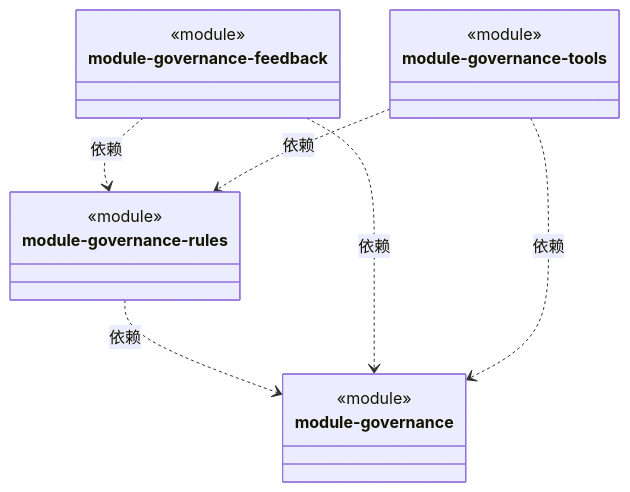
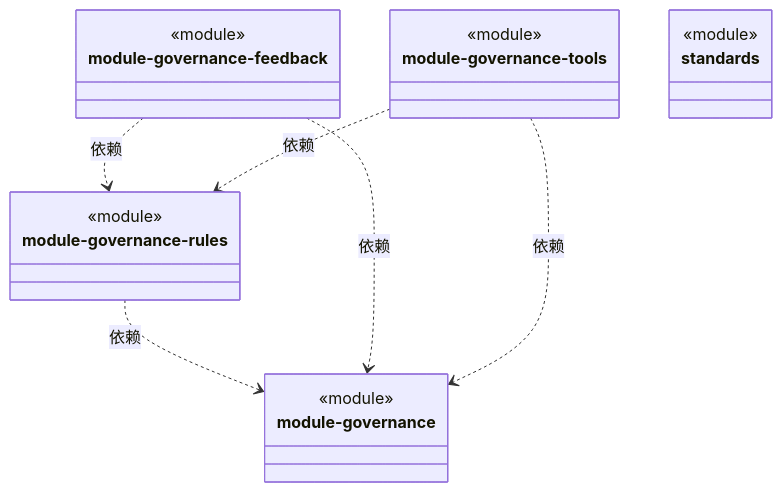
Before and after one commit to nan023062/cbim: the diagram in src/logic/governance/rules/ARCHITECTURE.md, drawn with Mermaid. The commit also changed other lines of this file and 212 other files, not shown here.

````diff
--- a/src/logic/governance/rules/ARCHITECTURE.md
+++ b/src/logic/governance/rules/ARCHITECTURE.md
@@ -22,24 +23,28 @@
 ```mermaid
 classDiagram
 class N_f9aeb652fd94["module-governance"] {
   <<module>>
 }
 click N_f9aeb652fd94 href "module-governance.ts"
 class N_965ffbd829bd["module-governance-rules"] {
   <<module>>
 }
 click N_965ffbd829bd href "module-governance-rules.ts"
 class N_63344702b555["module-governance-feedback"] {
   <<module>>
 }
 click N_63344702b555 href "module-governance-feedback.ts"
 class N_09c421be79f2["module-governance-tools"] {
   <<module>>
 }
 click N_09c421be79f2 href "module-governance-tools.ts"
+class N_0e3b924a4543["standards"] {
+  <<module>>
+}
+click N_0e3b924a4543 href "standards.ts"
 N_965ffbd829bd ..> N_f9aeb652fd94 : 依赖
 N_63344702b555 ..> N_f9aeb652fd94 : 依赖
 N_63344702b555 ..> N_965ffbd829bd : 依赖
 N_09c421be79f2 ..> N_f9aeb652fd94 : 依赖
 N_09c421be79f2 ..> N_965ffbd829bd : 依赖
 ```
````
